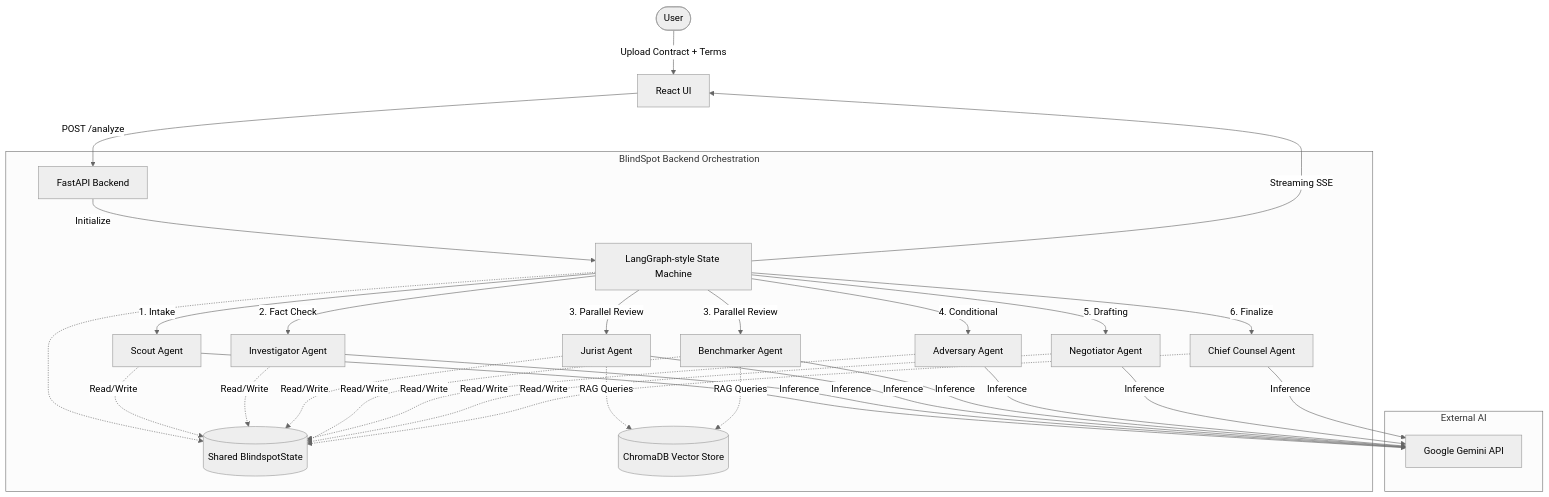
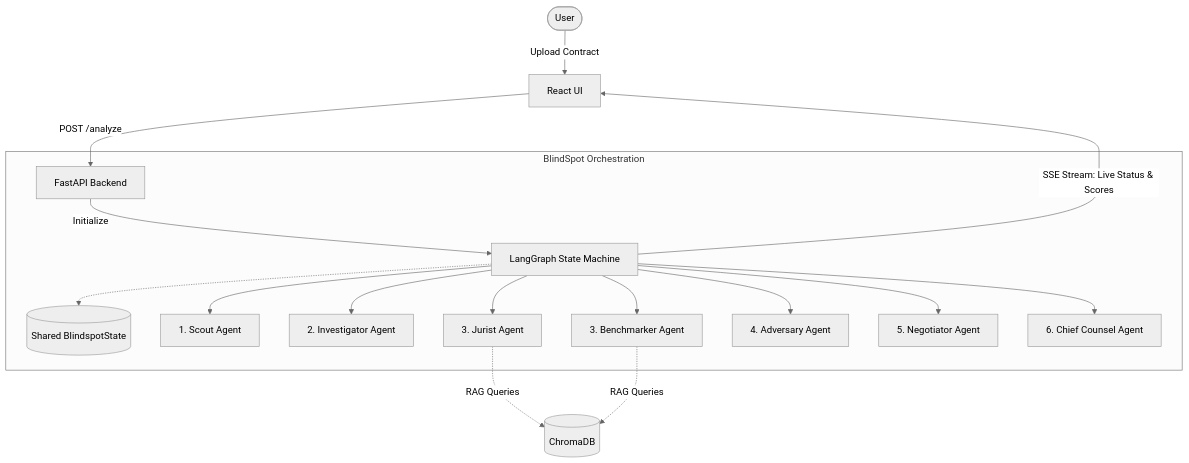
One commit to ambitious-scrap/blindspot changed the diagram in README.md. Above: the diagram before and after it, drawn with Mermaid (neutral theme). The commit also changed other lines of this file and 8 other files, not shown here.

````diff
--- a/README.md
+++ b/README.md
@@ -20,31 +86,23 @@
 ```mermaid
 graph TD
-    User([User]) -->|Upload Contract + Terms| Frontend[React UI]
+    User([User]) -->|Upload Contract| Frontend[React UI]
     Frontend -->|POST /analyze| API[FastAPI Backend]
     
-    subgraph BlindSpot Backend Orchestration
-        API -->|Initialize| StateGraph[LangGraph-style State Machine]
+    subgraph BlindSpot Orchestration
+        API -->|Initialize| StateGraph[LangGraph State Machine]
         StateGraph -.-> State[(Shared BlindspotState)]
         
-        StateGraph -->|1. Intake| Scout[Scout Agent]
-        StateGraph -->|2. Fact Check| Investigator[Investigator Agent]
-        
-        StateGraph -->|3. Parallel Review| Jurist[Jurist Agent]
-        StateGraph -->|3. Parallel Review| Benchmarker[Benchmarker Agent]
-        
-        Jurist -.->|RAG Queries| Chroma[(ChromaDB Vector Store)]
-        Benchmarker -.->|RAG Queries| Chroma
-        
-        StateGraph -->|4. Conditional| Adversary[Adversary Agent]
-        StateGraph -->|5. Drafting| Negotiator[Negotiator Agent]
-        StateGraph -->|6. Finalize| ChiefCounsel[Chief Counsel Agent]
-        
-        Scout & Investigator & Jurist & Benchmarker & Adversary & Negotiator & ChiefCounsel -.->|Read/Write| State
+        StateGraph --> Scout[1. Scout Agent]
+        StateGraph --> Invest[2. Investigator Agent]
+        StateGraph --> Jurist[3. Jurist Agent]
+        StateGraph --> Bench[3. Benchmarker Agent]
+        StateGraph --> Advers[4. Adversary Agent]
+        StateGraph --> Nego[5. Negotiator Agent]
+        StateGraph --> Chief[6. Chief Counsel Agent]
     end
     
-    StateGraph -->|Streaming SSE| Frontend
+    Jurist -.->|RAG Queries| Chroma[(ChromaDB)]
+    Bench -.->|RAG Queries| Chroma
     
-    subgraph External AI
-        Scout & Investigator & Jurist & Benchmarker & Adversary & Negotiator & ChiefCounsel -->|Inference| Gemini[Google Gemini API]
-    end
+    StateGraph -->|SSE Stream: Live Status & Scores| Frontend
 ```
````
